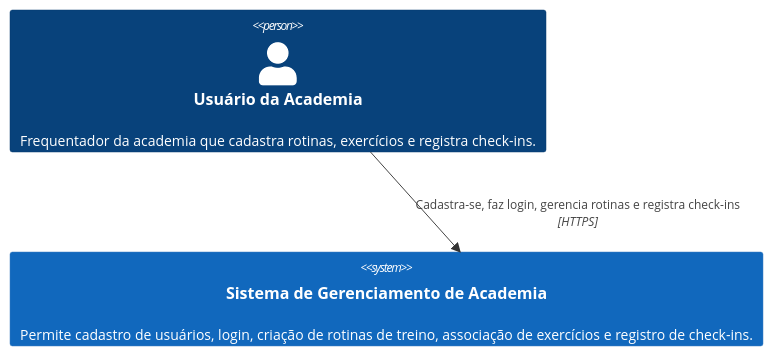
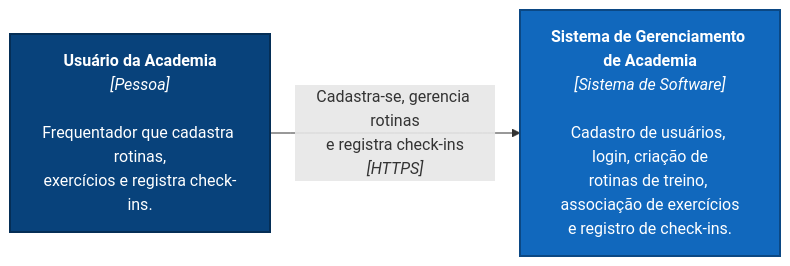
One commit to AlbaniGabriel/On-Trainer changed the first of 3 diagrams in README.md. Above: the diagram before and after it, drawn with Mermaid. The commit also changed other lines of this file, not shown here.

````diff
--- a/README.md
+++ b/README.md
@@ -92,10 +92,25 @@
 ```mermaid
-C4Context
- 
-    Person(usuario, "Usuário da Academia", "Frequentador da academia que cadastra rotinas, exercícios e registra check-ins.")
- 
-    System(sistemaAcademia, "Sistema de Gerenciamento de Academia", "Permite cadastro de usuários, login, criação de rotinas de treino, associação de exercícios e registro de check-ins.")
- 
- 
-    Rel(usuario, sistemaAcademia, "Cadastra-se, faz login, gerencia rotinas e registra check-ins", "HTTPS")
+    flowchart LR
+    usuario["<b>Usuário da Academia</b>
+    <i>[Pessoa]</i>
+
+    Frequentador que cadastra rotinas,
+    exercícios e registra check-ins."]
+
+    sistema["<b>Sistema de Gerenciamento de Academia</b>
+    <i>[Sistema de Software]</i>
+
+    Cadastro de usuários, login, criação de
+    rotinas de treino, associação de exercícios
+    e registro de check-ins."]
+
+    usuario -->|"Cadastra-se, gerencia rotinas
+    e registra check-ins
+    <i>[HTTPS]</i>"| sistema
+
+    classDef pessoa fill:#08427b,stroke:#052e56,stroke-width:2px,color:#ffffff
+    classDef sistema fill:#1168bd,stroke:#0b4884,stroke-width:2px,color:#ffffff
+
+    class usuario pessoa
+    class sistema sistema
 ```
````
